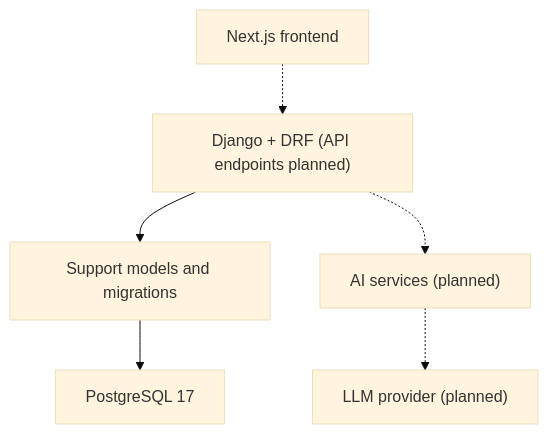
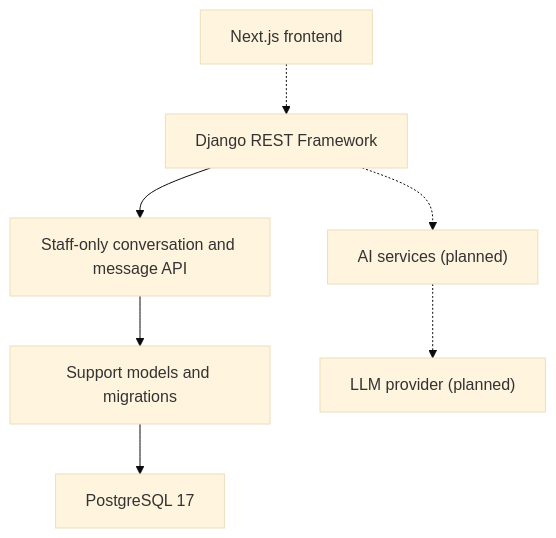
The diagram in docs/architecture/overview.md (isazadesabuhi/ai-customer-support), drawn with Mermaid (base theme) before and after one commit. The commit also changed other lines of this file and 20 other files, not shown here.

First line of the commit message:
feat(support): add staff-only conversation and message APIs

````diff
--- a/docs/architecture/overview.md
+++ b/docs/architecture/overview.md
@@ -7,14 +7,16 @@
 ```mermaid
 flowchart TD
     Frontend["Next.js frontend"]
-    Backend["Django + DRF (API endpoints planned)"]
+    Backend["Django REST Framework"]
+    API["Staff-only conversation and message API"]
     Support["Support models and migrations"]
     Database["PostgreSQL 17"]
     AI["AI services (planned)"]
     Provider["LLM provider (planned)"]
     Frontend -.-> Backend
-    Backend --> Support
+    Backend --> API
+    API --> Support
     Support --> Database
     Backend -.-> AI
     AI -.-> Provider
 ```
````
